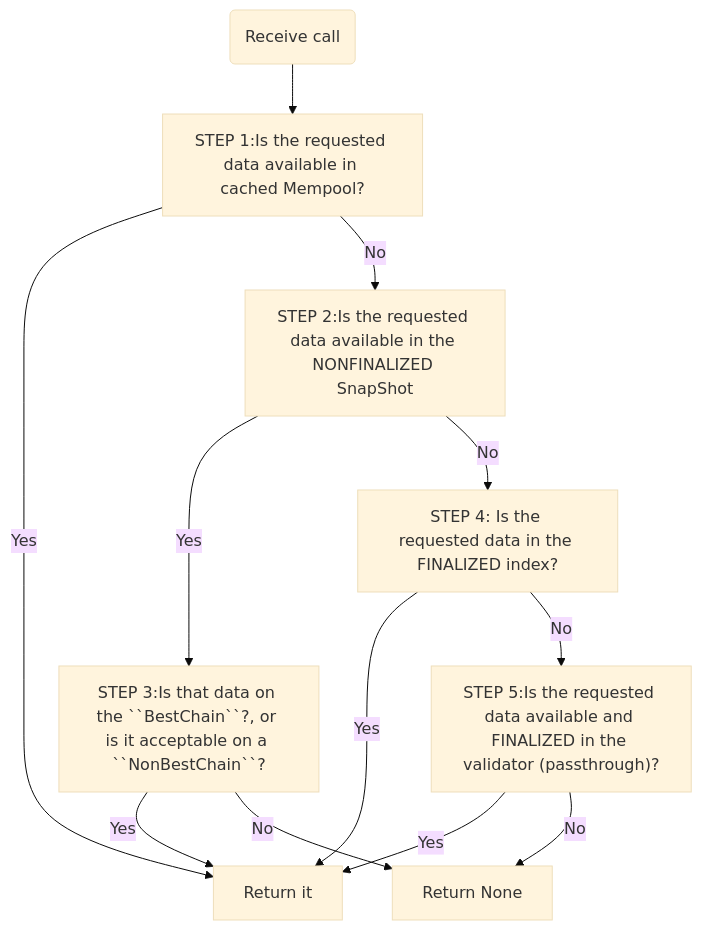
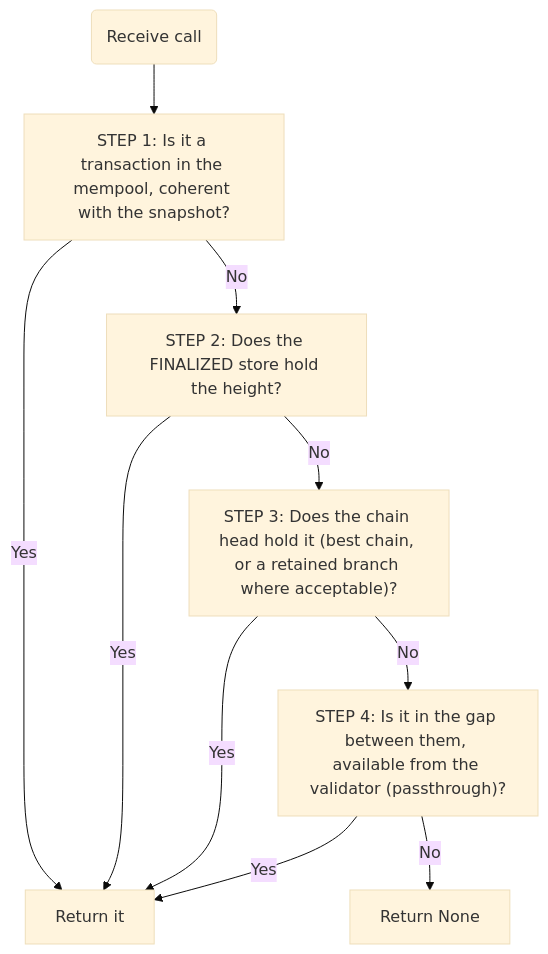
Before and after one commit to zingolabs/zaino: the diagram in packages/zaino-state/src/chain_index_passthrough.mmd, drawn with Mermaid (base theme). The commit also changed other lines of this file and 10 other files, not shown here.

```diff
--- a/packages/zaino-state/src/chain_index_passthrough.mmd
+++ b/packages/zaino-state/src/chain_index_passthrough.mmd
@@ -1,20 +1,17 @@
 flowchart TD
     m_end_return_it[Return it]
     m_start(Receive call)
     m_start --> m_step_1
-    m_step_1["STEP 1:Is the requested data available in cached Mempool?"]
+    m_step_1["STEP 1: Is it a transaction in the mempool, coherent with the snapshot?"]
     m_step_1 --> |Yes| m_end_return_it
     m_step_1 --> |No| m_step_2
-    m_step_2["STEP 2:Is the requested data available in the NONFINALIZED SnapShot "]
-    m_step_2 --> |Yes| m_step_3
-    m_step_2 --> |No| m_step_4
-    m_step_3["STEP 3:Is that data on the ``BestChain``?, or is it acceptable on a ``NonBestChain``?"]
+    m_step_2["STEP 2: Does the FINALIZED store hold the height?"]
+    m_step_2 --> |Yes| m_end_return_it
+    m_step_2 --> |No| m_step_3
+    m_step_3["STEP 3: Does the chain head hold it (best chain, or a retained branch where acceptable)?"]
     m_step_3 --> |Yes| m_end_return_it
-    m_step_3 --> |No| m_end_return_none
-    m_step_4["STEP 4: Is the requested data in the FINALIZED index?"]
-    m_step_4 -->|Yes| m_end_return_it
-    m_step_4 --> |No| m_step_5
-    m_step_5["STEP 5:Is the requested data available and FINALIZED in the validator (passthrough)?"]
-    m_step_5 --> |Yes| m_end_return_it
-    m_step_5 --> |No| m_end_return_none
+    m_step_3 --> |No| m_step_4
+    m_step_4["STEP 4: Is it in the gap between them, available from the validator (passthrough)?"]
+    m_step_4 --> |Yes| m_end_return_it
+    m_step_4 --> |No| m_end_return_none
     m_end_return_none[Return None]
```
